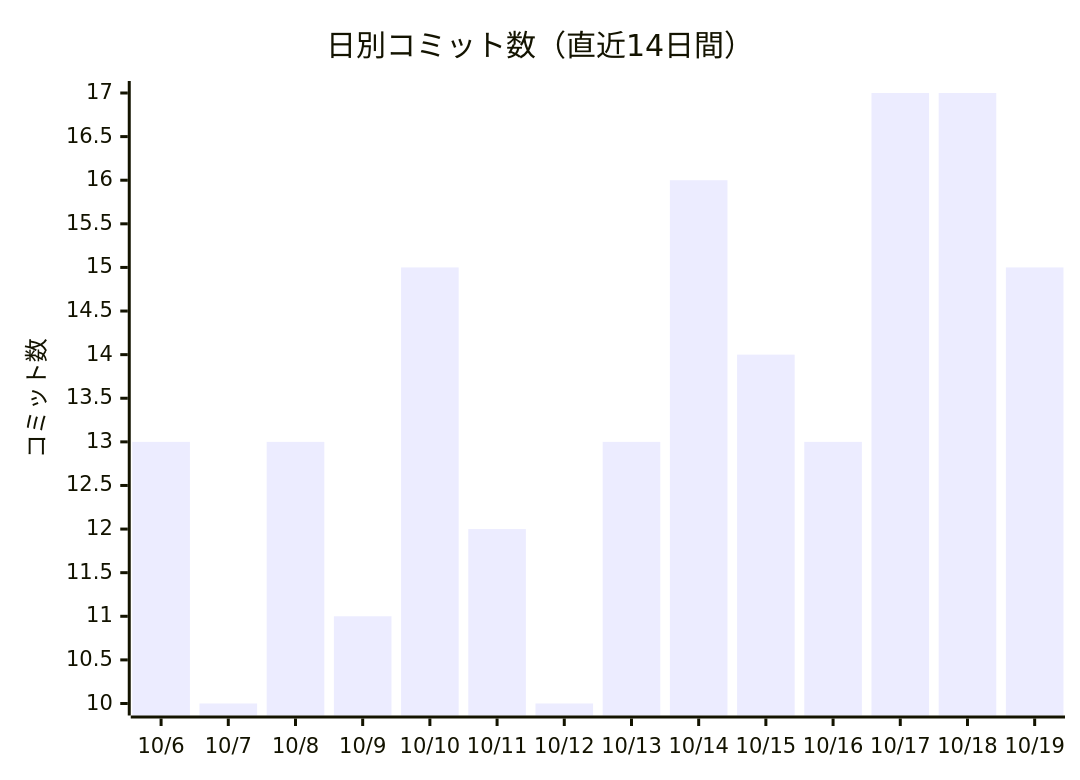
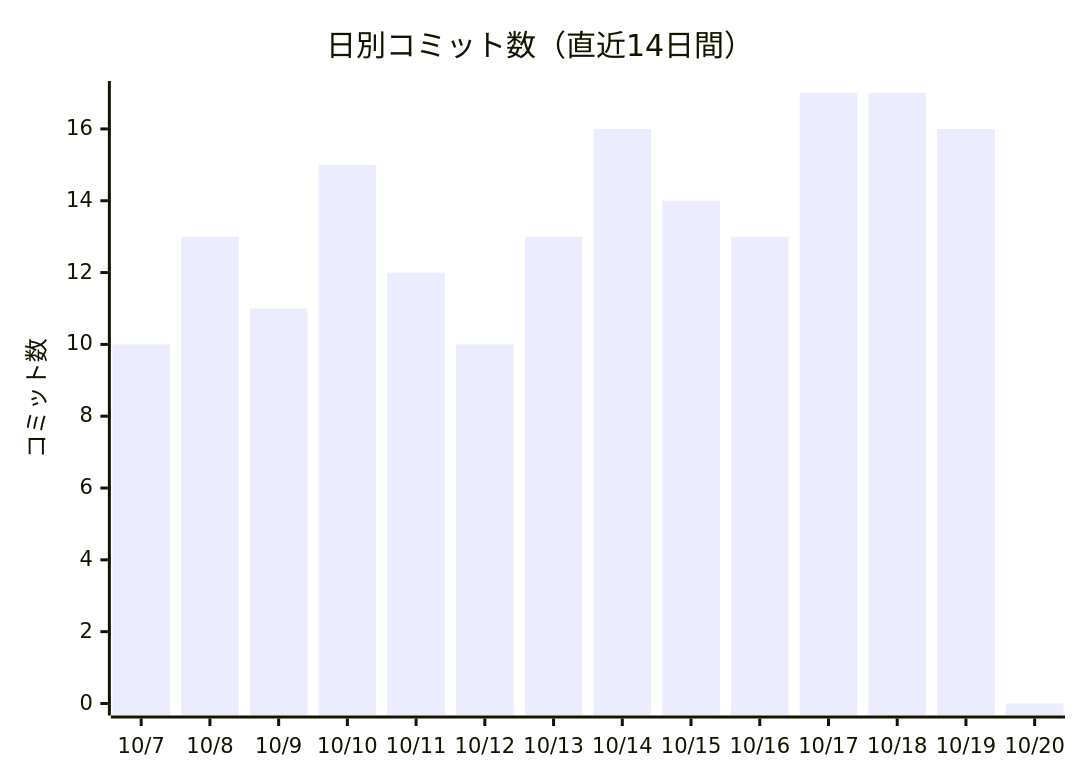
One commit to non-x2/non-x2 changed the first of 2 diagrams in docs/進化レポート.md. Above: the diagram before and after it, drawn with Mermaid. The commit also changed other lines of this file and 2 other files, not shown here.

First line of the commit message:
📑 地図の見張り番の先頭に「照合の一覧（目次）」を置く（候補83）

````diff
--- a/docs/進化レポート.md
+++ b/docs/進化レポート.md
@@ -23,7 +23,7 @@
 ```mermaid
 xychart-beta
     title "日別コミット数（直近14日間）"
-    x-axis ["10/6", "10/7", "10/8", "10/9", "10/10", "10/11", "10/12", "10/13", "10/14", "10/15", "10/16", "10/17", "10/18", "10/19"]
+    x-axis ["10/7", "10/8", "10/9", "10/10", "10/11", "10/12", "10/13", "10/14", "10/15", "10/16", "10/17", "10/18", "10/19", "10/20"]
     y-axis "コミット数"
-    bar [13, 10, 13, 11, 15, 12, 10, 13, 16, 14, 13, 17, 17, 15]
+    bar [10, 13, 11, 15, 12, 10, 13, 16, 14, 13, 17, 17, 16, 0]
 ```
````
